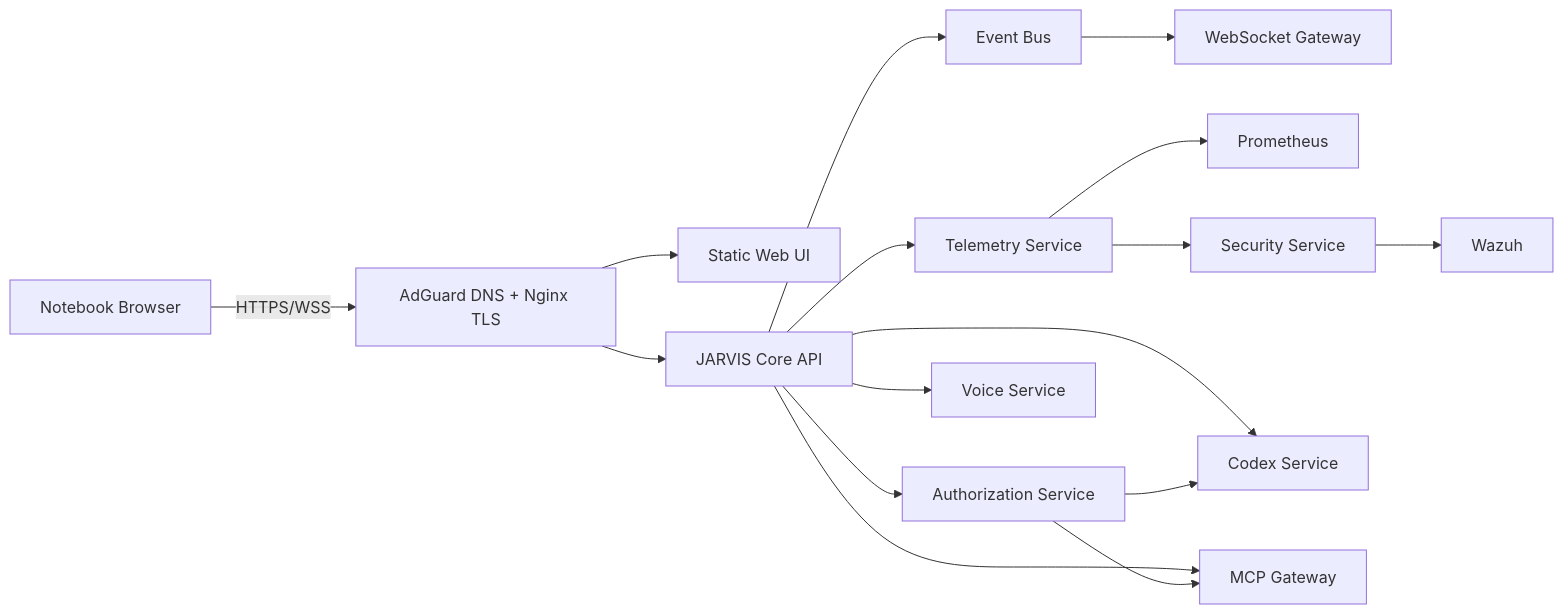
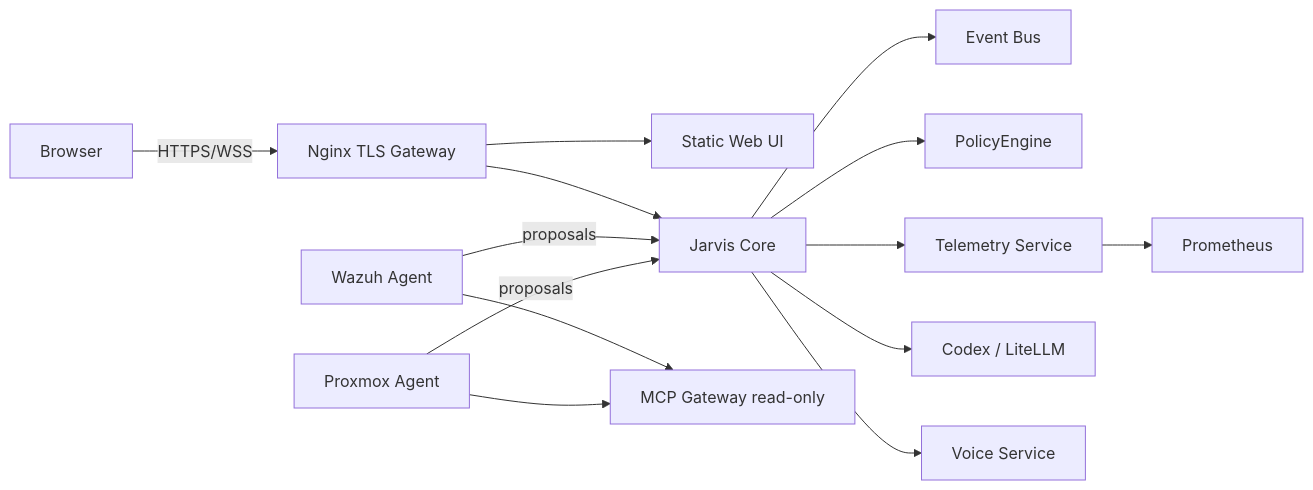
The diagram in docs/architecture.md (gonzalopaez/jarvis), drawn with Mermaid before and after one commit. The commit also changed other lines of this file and 1 other file, not shown here.

First line of the commit message:
docs: refresh README and architecture for first-time GitHub visitors

````diff
--- a/docs/architecture.md
+++ b/docs/architecture.md
@@ -5,18 +5,16 @@
 ```mermaid
 flowchart LR
-    B[Notebook Browser] -->|HTTPS/WSS| N[AdGuard DNS + Nginx TLS]
+    B[Browser] -->|HTTPS/WSS| N[Nginx TLS Gateway]
     N --> W[Static Web UI]
-    N --> C[JARVIS Core API]
+    N --> C[Jarvis Core]
     C --> E[Event Bus]
-    C --> A[Authorization Service]
-    E --> G[WebSocket Gateway]
+    C --> P[PolicyEngine]
     C --> T[Telemetry Service]
-    T --> P[Prometheus]
-    T --> S[Security Service]
-    S --> Z[Wazuh]
-    C --> X[Codex Service]
-    C --> M[MCP Gateway]
-    C --> V[Voice Service]
-    A --> M
-    A --> X
+    T --> Prom[Prometheus]
+    C --> Codex[Codex / LiteLLM]
+    C --> Voice[Voice Service]
+    WA[Wazuh Agent] -->|proposals| C
+    PA[Proxmox Agent] -->|proposals| C
+    WA --> MCP[MCP Gateway read-only]
+    PA --> MCP
 ```
````
